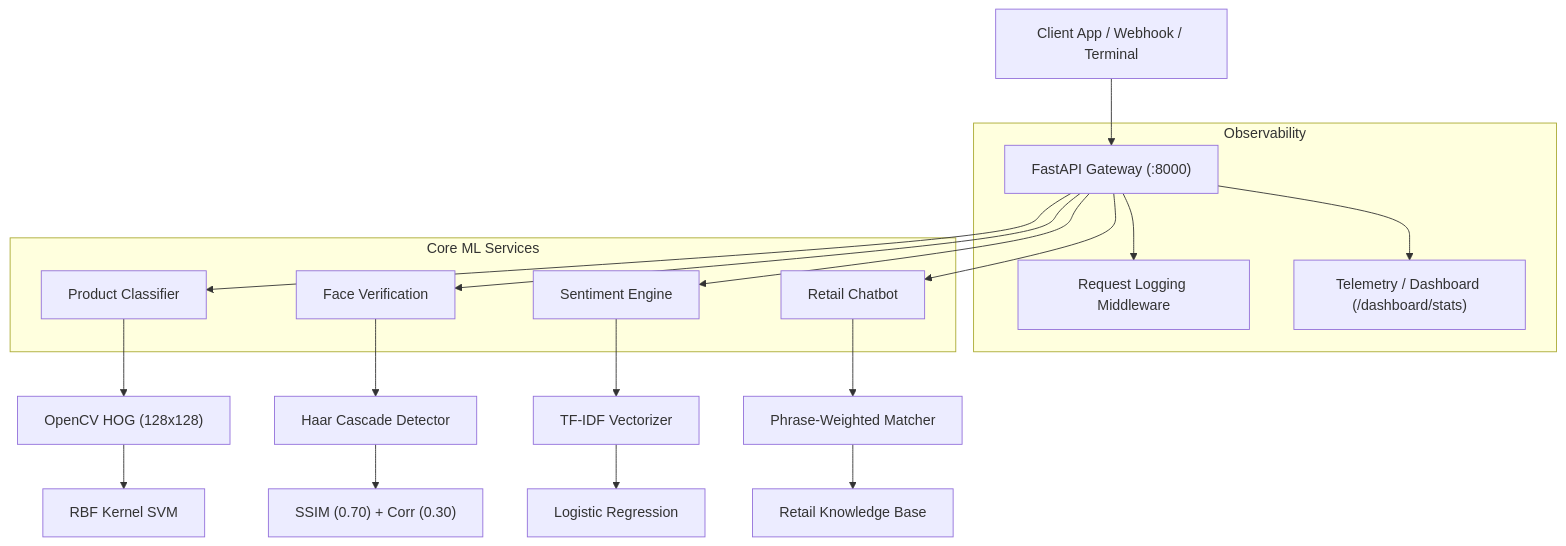
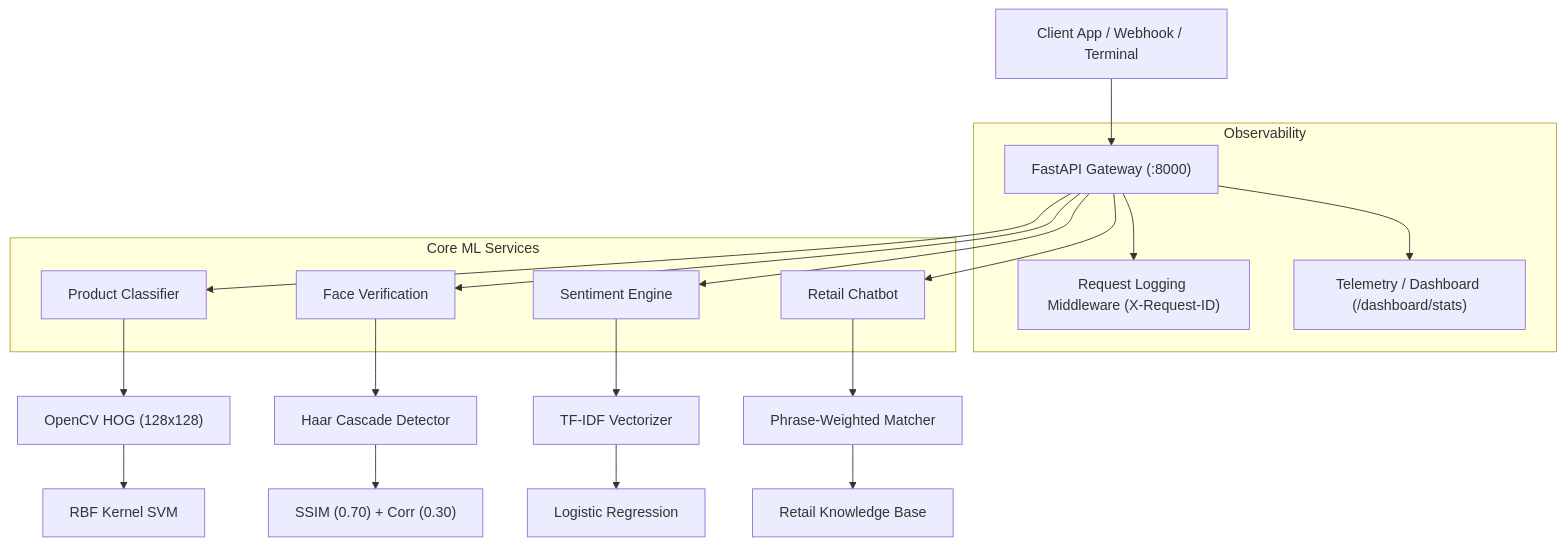
Before and after one commit to 1-a-d-i-t-y-a/smart-retail-ai: the diagram in README.md, drawn with Mermaid. The commit also changed other lines of this file and 373 other files, not shown here.

````diff
--- a/README.md
+++ b/README.md
@@ -18,21 +18,21 @@
 ```mermaid
 flowchart TD
     Client["Client App / Webhook / Terminal"] --> API["FastAPI Gateway (:8000)"]
     
     subgraph Observability
-        API --> Logging["Request Logging Middleware"]
+        API --> Logging["Request Logging Middleware (X-Request-ID)"]
         API --> Stats["Telemetry / Dashboard (/dashboard/stats)"]
     end
 
     subgraph Core ML Services
         API --> ProductSvc["Product Classifier"]
         API --> FaceSvc["Face Verification"]
         API --> SentimentSvc["Sentiment Engine"]
         API --> ChatbotSvc["Retail Chatbot"]
     end
 
     ProductSvc --> HOG["OpenCV HOG (128x128)"] --> SVM["RBF Kernel SVM"]
     FaceSvc --> Haar["Haar Cascade Detector"] --> SSIM["SSIM (0.70) + Corr (0.30)"]
     SentimentSvc --> TFIDF["TF-IDF Vectorizer"] --> LogReg["Logistic Regression"]
     ChatbotSvc --> RuleRouter["Phrase-Weighted Matcher"] --> KB["Retail Knowledge Base"]
 ```
````
